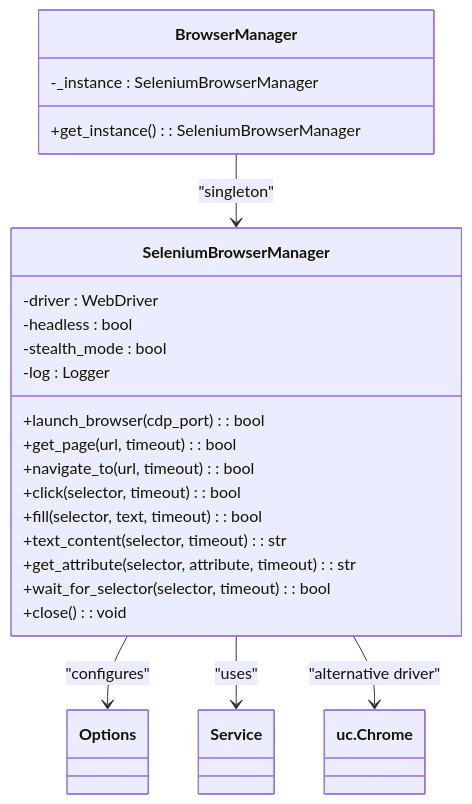
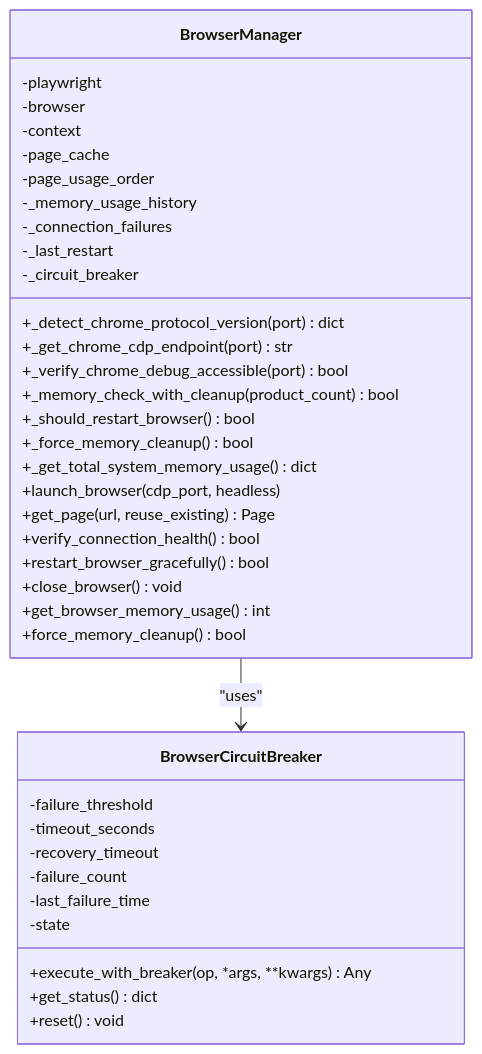
One commit to chri75252/complete-fba changed the third of 6 diagrams in .qoder/repowiki/en/content/Browser Automation/Browser Automation.md. Above: the diagram before and after it, drawn with Mermaid. The commit also changed other lines of this file and 298 other files, not shown here.

````diff
--- a/.qoder/repowiki/en/content/Browser Automation/Browser Automation.md
+++ b/.qoder/repowiki/en/content/Browser Automation/Browser Automation.md
@@ -106,26 +154,40 @@
 ```mermaid
 classDiagram
-class SeleniumBrowserManager {
--driver : WebDriver
--headless : bool
--stealth_mode : bool
--log : Logger
-+launch_browser(cdp_port) : bool
-+get_page(url, timeout) : bool
-+navigate_to(url, timeout) : bool
-+click(selector, timeout) : bool
-+fill(selector, text, timeout) : bool
-+text_content(selector, timeout) : str
-+get_attribute(selector, attribute, timeout) : str
-+wait_for_selector(selector, timeout) : bool
-+close() : void
+class BrowserManager {
+-playwright
+-browser
+-context
+-page_cache
+-page_usage_order
+-_memory_usage_history
+-_connection_failures
+-_last_restart
+-_circuit_breaker
++_detect_chrome_protocol_version(port) dict
++_get_chrome_cdp_endpoint(port) str
++_verify_chrome_debug_accessible(port) bool
++_memory_check_with_cleanup(product_count) bool
++_should_restart_browser() bool
++_force_memory_cleanup() bool
++_get_total_system_memory_usage() dict
++launch_browser(cdp_port, headless)
++get_page(url, reuse_existing) Page
++verify_connection_health() bool
++restart_browser_gracefully() bool
++close_browser() void
++get_browser_memory_usage() int
++force_memory_cleanup() bool
 }
-class BrowserManager {
--_instance : SeleniumBrowserManager
-+get_instance() : SeleniumBrowserManager
+class BrowserCircuitBreaker {
+-failure_threshold
+-timeout_seconds
+-recovery_timeout
+-failure_count
+-last_failure_time
+-state
++execute_with_breaker(op, *args, **kwargs) Any
++get_status() dict
++reset() void
 }
-BrowserManager --> SeleniumBrowserManager : "singleton"
-SeleniumBrowserManager --> Options : "configures"
-SeleniumBrowserManager --> Service : "uses"
-SeleniumBrowserManager --> uc.Chrome : "alternative driver"
+BrowserManager --> BrowserCircuitBreaker : "uses"
 ```
````
